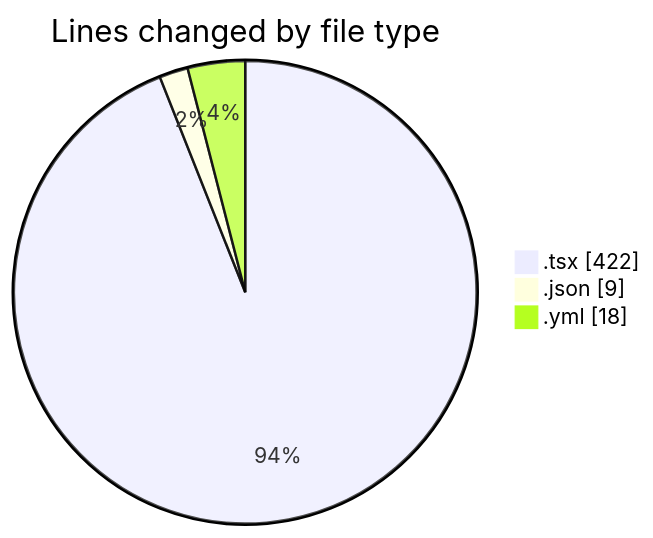
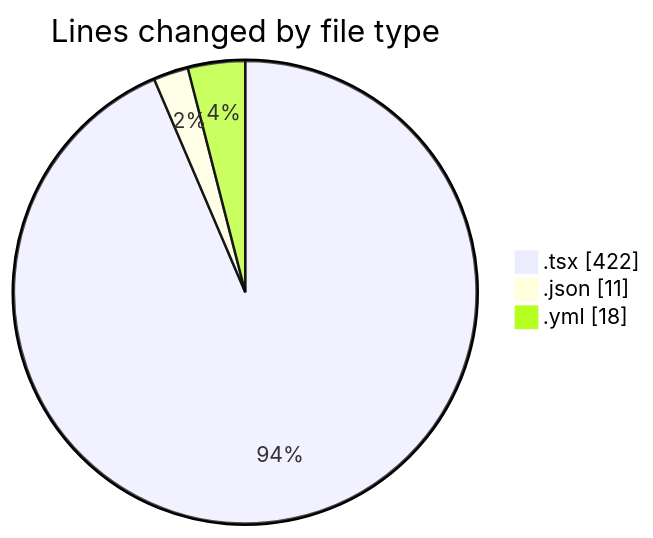
The first of 2 diagrams in 2025-11-27/eventscop-frontend-guide__workspace_/README.md (julien-gomy/code-tracking), drawn with Mermaid before and after one commit. The commit also changed other lines of this file and 1 other file, not shown here.

````diff
--- a/2025-11-27/eventscop-frontend-guide__workspace_/README.md
+++ b/2025-11-27/eventscop-frontend-guide__workspace_/README.md
@@ -27,7 +27,7 @@
 ```mermaid
 pie showData
 title Lines changed by file type
 ".tsx" : 422
-".json" : 9
+".json" : 11
 ".yml" : 18
 ```
````
